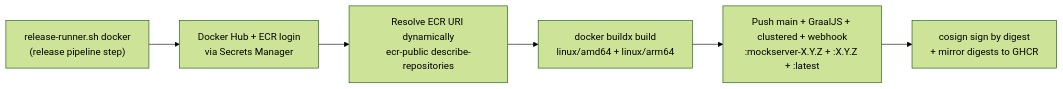
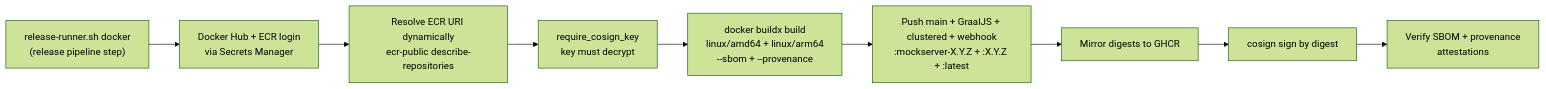
Before and after one commit to mock-server/mockserver-monorepo: diagram 12 of 16 in docs/infrastructure/ci-cd.md, drawn with Mermaid (forest theme). The commit also changed other lines of this file and 11 other files, not shown here.

First line of the commit message:
ci(release): fail closed on image and chart signing; attest images

````diff
--- a/docs/infrastructure/ci-cd.md
+++ b/docs/infrastructure/ci-cd.md
@@ -1088,14 +1088,19 @@
 ```mermaid
 flowchart LR
     TRIGGER["release-runner.sh docker
 (release pipeline step)"] --> LOGIN["Docker Hub + ECR login
 via Secrets Manager"]
     LOGIN --> ECR_RESOLVE["Resolve ECR URI dynamically
 ecr-public describe-repositories"]
-    ECR_RESOLVE --> BUILD["docker buildx build
-linux/amd64 + linux/arm64"]
+    ECR_RESOLVE --> PREFLIGHT["require_cosign_key
+key must decrypt"]
+    PREFLIGHT --> BUILD["docker buildx build
+linux/amd64 + linux/arm64
+--sbom + --provenance"]
     BUILD --> PUSH["Push main + GraalJS + clustered + webhook
 :mockserver-X.Y.Z + :X.Y.Z + :latest"]
-    PUSH --> SIGN["cosign sign by digest
-+ mirror digests to GHCR"]
+    PUSH --> MIRROR["Mirror digests to GHCR"]
+    MIRROR --> SIGN["cosign sign by digest"]
+    SIGN --> ATTEST["Verify SBOM + provenance
+attestations"]
 ```
````
